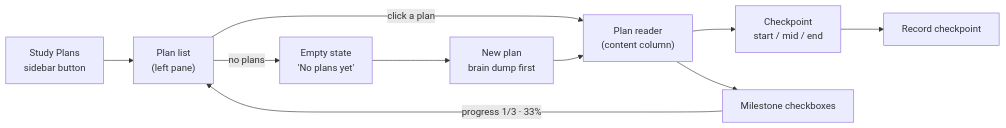
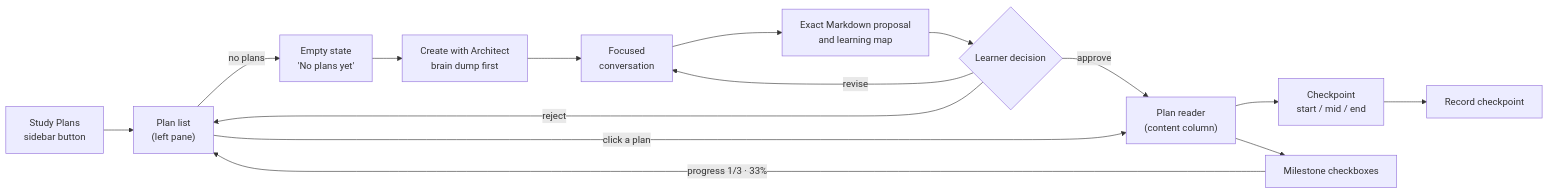
Before and after one commit to NetDevAutomate/StudyLoop: the second of 2 diagrams in docs/study-plans.md, drawn with Mermaid. The commit also changed other lines of this file and 19 other files, not shown here.

Commit message:
feat(planning): ship browser architect onboarding

````diff
--- a/docs/study-plans.md
+++ b/docs/study-plans.md
@@ -325,20 +358,25 @@
 ```mermaid
 flowchart LR
     Nav["Study Plans<br/>sidebar button"]
     List["Plan list<br/>(left pane)"]
     Empty["Empty state<br/>'No plans yet'"]
-    New["New plan<br/>brain dump first"]
+    Capture["Create with Architect<br/>brain dump first"]
+    Talk["Focused<br/>conversation"]
+    Proposal["Exact Markdown proposal<br/>and learning map"]
+    Decide{"Learner decision"}
     Reader["Plan reader<br/>(content column)"]
     Eval["Checkpoint<br/>start / mid / end"]
     Record["Record checkpoint"]
     Miles["Milestone checkboxes"]
 
     Nav --> List
     List -->|"no plans"| Empty
-    Empty --> New
+    Empty --> Capture --> Talk --> Proposal --> Decide
+    Decide -->|"approve"| Reader
+    Decide -->|"revise"| Talk
+    Decide -->|"reject"| List
     List -->|"click a plan"| Reader
-    New --> Reader
     Reader --> Eval --> Record
     Reader --> Miles
     Miles -->|"progress 1/3 · 33%"| List
 ```
````
